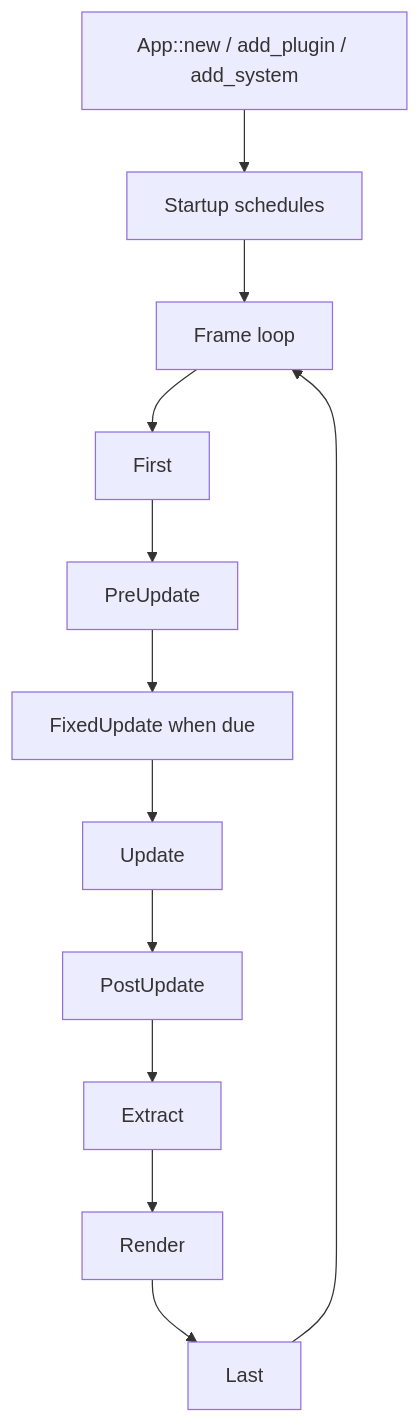
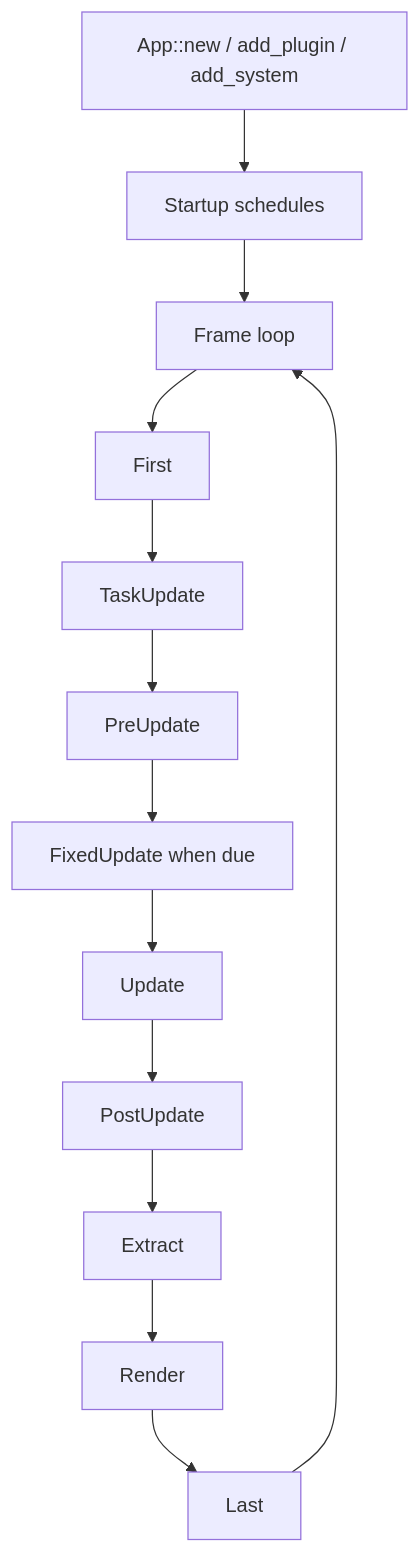
The diagram in docs/architecture/adr/0003-own-app-plugin-and-schedule-lifecycle.md (Latias94/nara), drawn with Mermaid before and after one commit. The commit also changed other lines of this file and 15 other files, not shown here.

````diff
--- a/docs/architecture/adr/0003-own-app-plugin-and-schedule-lifecycle.md
+++ b/docs/architecture/adr/0003-own-app-plugin-and-schedule-lifecycle.md
@@ -25,14 +25,15 @@
 ```mermaid
 flowchart TD
     Build[App::new / add_plugin / add_system] --> Startup[Startup schedules]
     Startup --> Frame[Frame loop]
     Frame --> First[First]
-    First --> PreUpdate[PreUpdate]
+    First --> TaskUpdate[TaskUpdate]
+    TaskUpdate --> PreUpdate[PreUpdate]
     PreUpdate --> FixedUpdate[FixedUpdate when due]
     FixedUpdate --> Update[Update]
     Update --> PostUpdate[PostUpdate]
     PostUpdate --> Extract[Extract]
     Extract --> Render[Render]
     Render --> Last[Last]
     Last --> Frame
 ```
````
